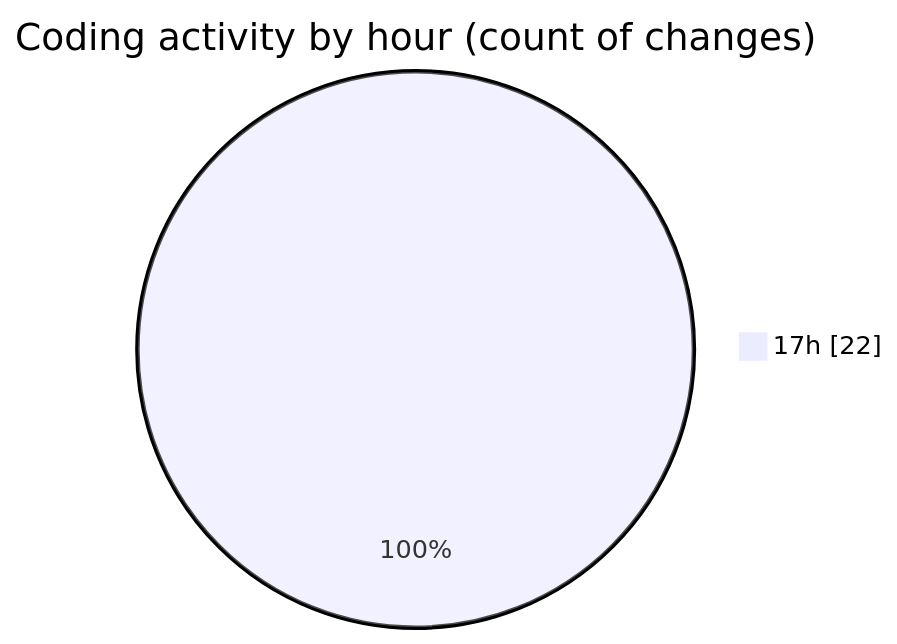
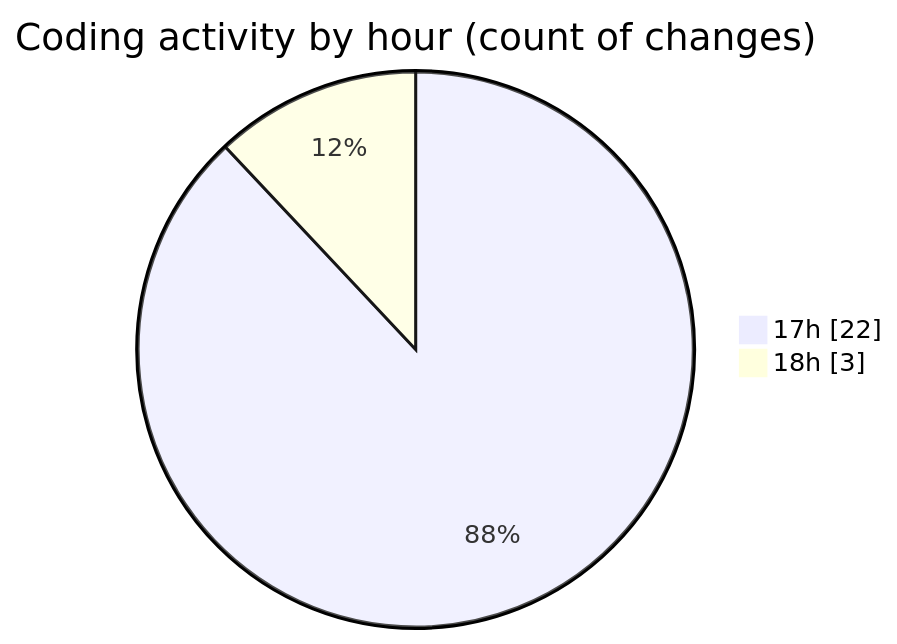
One commit to Netris89/code-tracking changed the second of 2 diagrams in 2025-10-30/skintrack/README.md. Above: the diagram before and after it, drawn with Mermaid. The commit also changed other lines of this file and 1 other file, not shown here.

````diff
--- a/2025-10-30/skintrack/README.md
+++ b/2025-10-30/skintrack/README.md
@@ -30,5 +30,6 @@
 ```mermaid
 pie showData
 title Coding activity by hour (count of changes)
 "17h" : 22
+"18h" : 3
 ```
````
